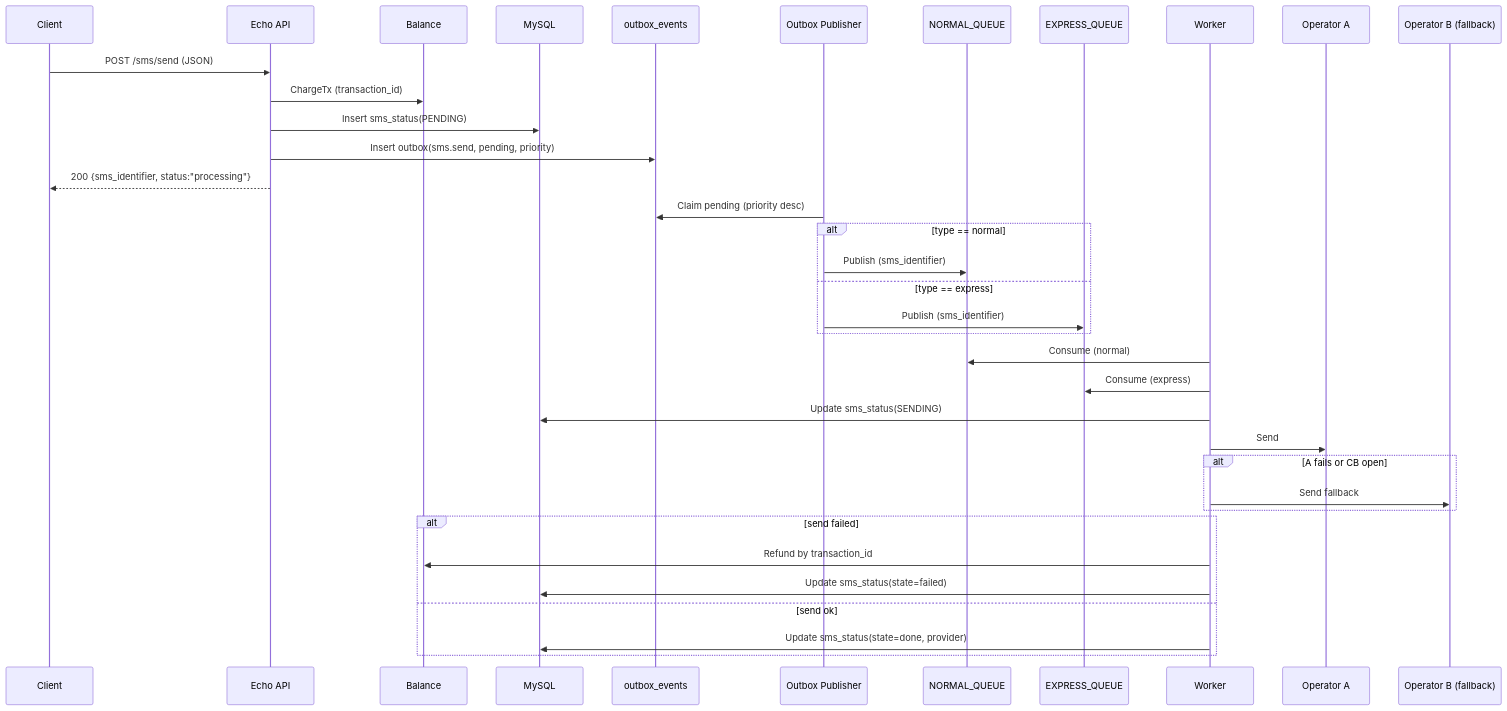
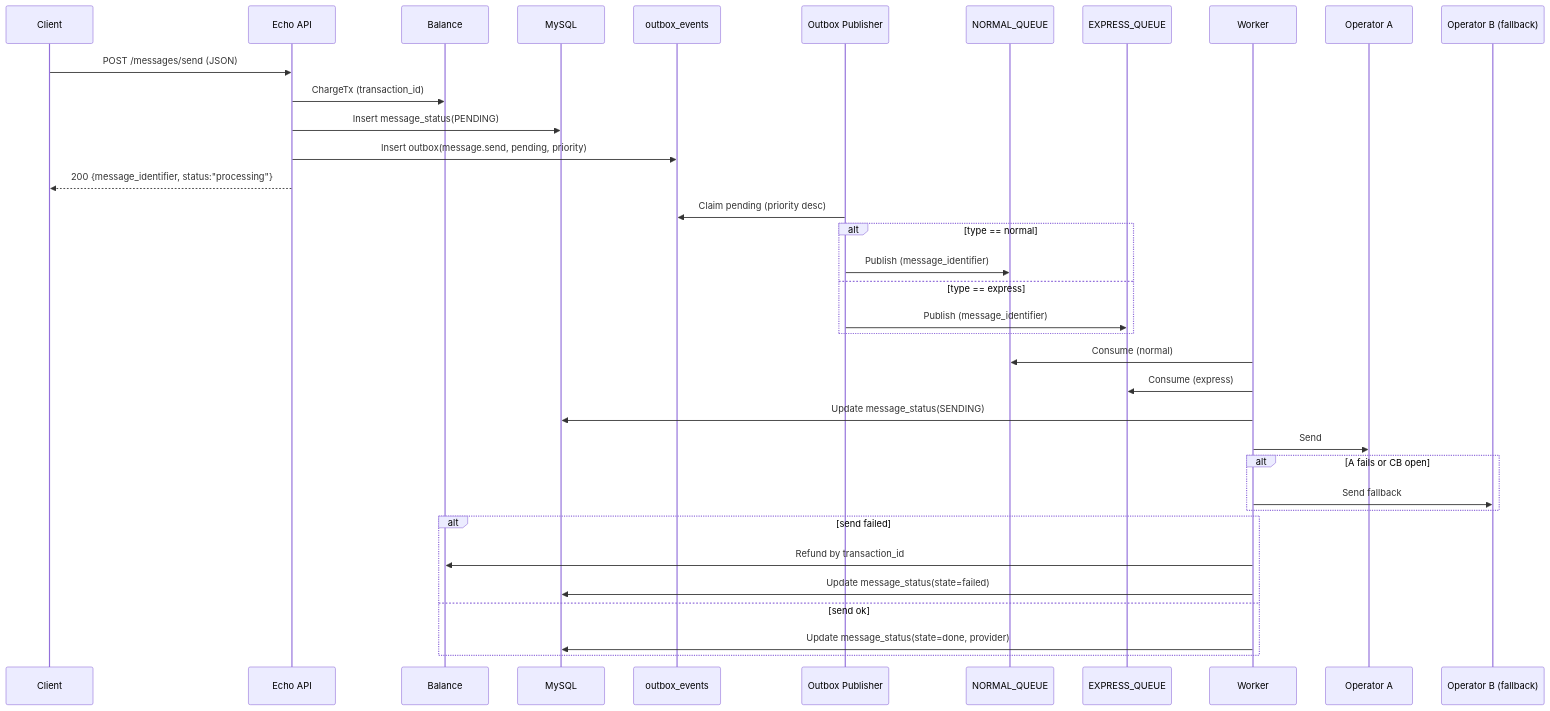
One commit to arminazimi/distributed-messaging-platform changed the second of 3 diagrams in README.md. Above: the diagram before and after it, drawn with Mermaid. The commit also changed other lines of this file and 27 other files, not shown here.

Commit message:
Rename SMS flow to message platform

````diff
--- a/README.md
+++ b/README.md
@@ -184,39 +220,39 @@
 ```mermaid
 sequenceDiagram
   participant C as Client
   participant API as Echo API
   participant BAL as Balance
   participant DB as MySQL
   participant OUT as outbox_events
   participant PUB as Outbox Publisher
   participant MQN as NORMAL_QUEUE
   participant MQE as EXPRESS_QUEUE
   participant W as Worker
   participant A as Operator A
   participant B as Operator B (fallback)
 
-  C->>API: POST /sms/send (JSON)
+  C->>API: POST /messages/send (JSON)
   API->>BAL: ChargeTx (transaction_id)
-  API->>DB: Insert sms_status(PENDING)
-  API->>OUT: Insert outbox(sms.send, pending, priority)
-  API-->>C: 200 {sms_identifier, status:"processing"}
+  API->>DB: Insert message_status(PENDING)
+  API->>OUT: Insert outbox(message.send, pending, priority)
+  API-->>C: 200 {message_identifier, status:"processing"}
   PUB->>OUT: Claim pending (priority desc)
   alt type == normal
-    PUB->>MQN: Publish (sms_identifier)
+    PUB->>MQN: Publish (message_identifier)
   else type == express
-    PUB->>MQE: Publish (sms_identifier)
+    PUB->>MQE: Publish (message_identifier)
   end
   W->>MQN: Consume (normal)
   W->>MQE: Consume (express)
-  W->>DB: Update sms_status(SENDING)
+  W->>DB: Update message_status(SENDING)
   W->>A: Send
   alt A fails or CB open
     W->>B: Send fallback
   end
   alt send failed
     W->>BAL: Refund by transaction_id
-    W->>DB: Update sms_status(state=failed)
+    W->>DB: Update message_status(state=failed)
   else send ok
-    W->>DB: Update sms_status(state=done, provider)
+    W->>DB: Update message_status(state=done, provider)
   end
 ```
````
